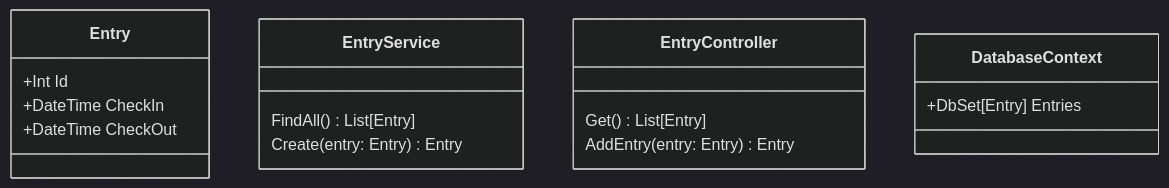
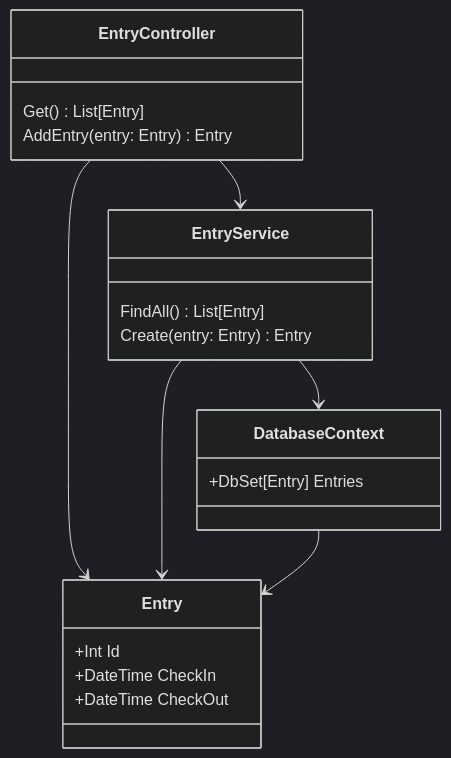
One commit to debangerter/m223-punchclock-dbangert changed the second of 5 diagrams in readme.md. Above: the diagram before and after it, drawn with Mermaid (dark theme). The commit also changed other lines of this file, not shown here.

````diff
--- a/readme.md
+++ b/readme.md
@@ -34,22 +34,28 @@
 ```mermaid
 classDiagram
     class Entry {
         +Int Id
         +DateTime CheckIn
         +DateTime CheckOut
     }
     
     class EntryService {
         FindAll() List[Entry]
         Create(entry: Entry) Entry
     }
     
     class EntryController {
         Get() List[Entry]
         AddEntry(entry: Entry) Entry
     }
     
     class DatabaseContext {
         +DbSet[Entry] Entries
     }
+    
+    EntryController --> EntryService
+    EntryController --> Entry
+    EntryService --> DatabaseContext
+    EntryService --> Entry
+    DatabaseContext --> Entry
 ```
````
